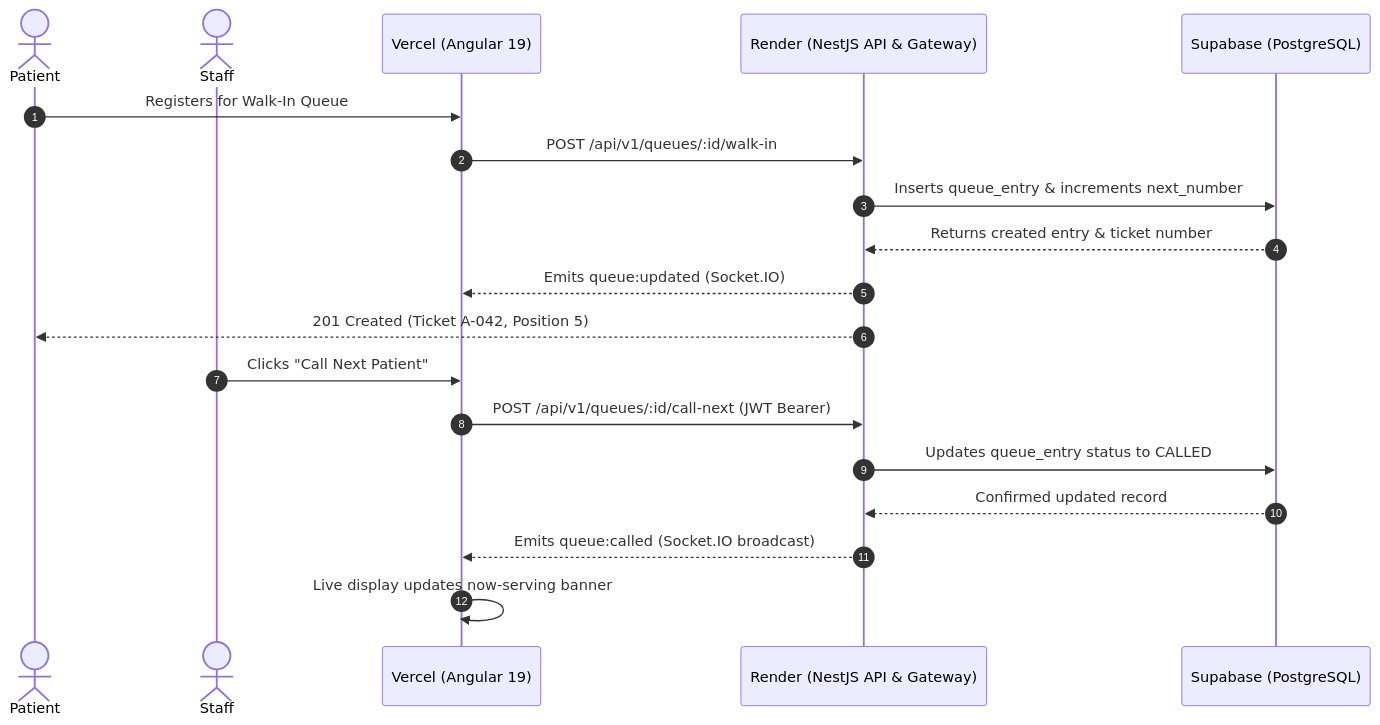
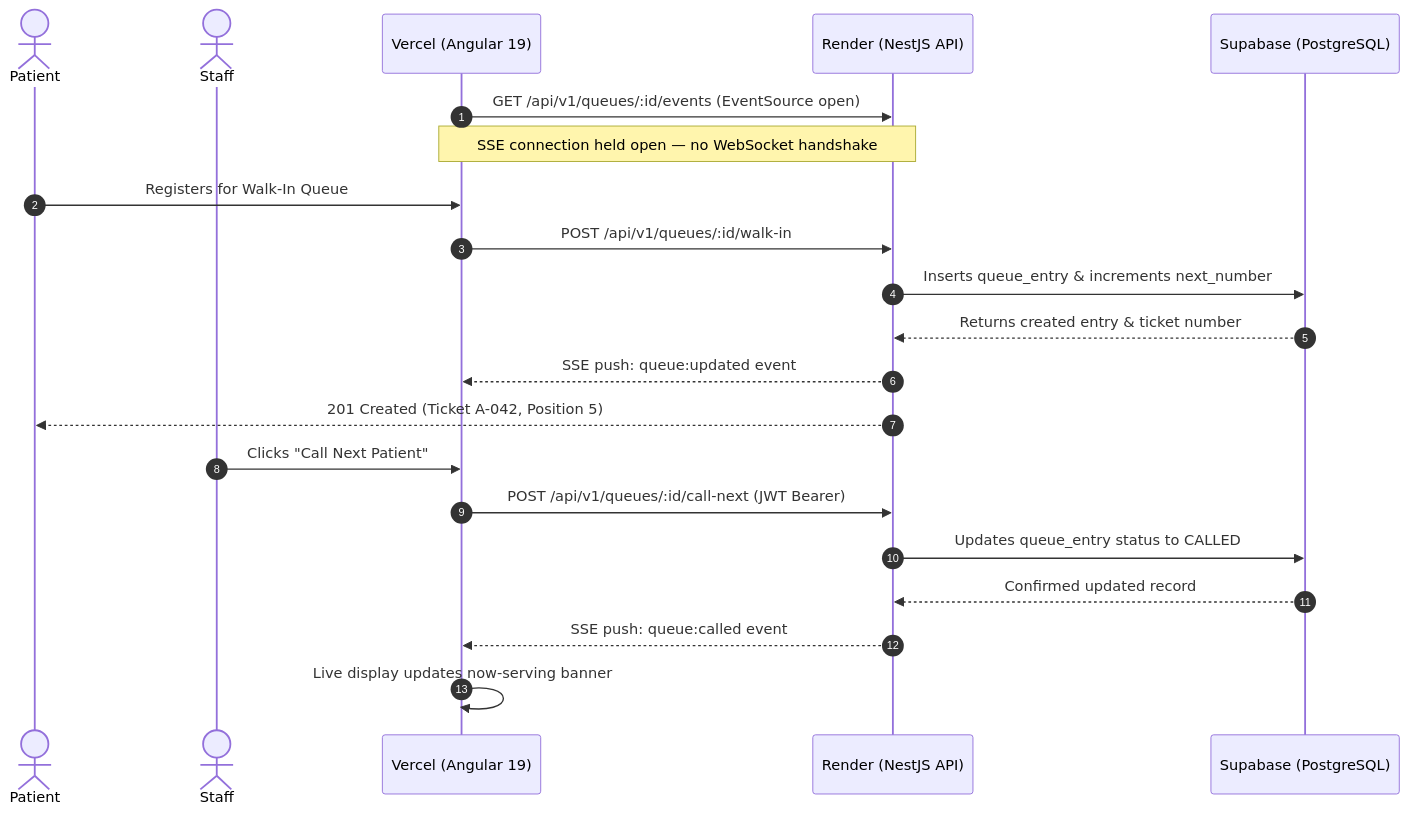
The diagram in document/Project Markdowns/architecture.md (dlsud-itd/Project-ALTF4), drawn with Mermaid before and after one commit. The commit also changed other lines of this file and 7 other files, not shown here.

Commit message:
docs: document role-to-permission matrix, SSE architecture, and monorepo design

````diff
--- a/document/Project Markdowns/architecture.md
+++ b/document/Project Markdowns/architecture.md
@@ -69,23 +72,26 @@
 ```mermaid
 sequenceDiagram
     autonumber
     actor Patient
     actor Staff
     participant Vercel as Vercel (Angular 19)
-    participant Render as Render (NestJS API & Gateway)
+    participant Render as Render (NestJS API)
     participant Supabase as Supabase (PostgreSQL)
+
+    Vercel->>Render: GET /api/v1/queues/:id/events (EventSource open)
+    Note over Vercel,Render: SSE connection held open — no WebSocket handshake
 
     Patient->>Vercel: Registers for Walk-In Queue
     Vercel->>Render: POST /api/v1/queues/:id/walk-in
     Render->>Supabase: Inserts queue_entry & increments next_number
     Supabase-->>Render: Returns created entry & ticket number
-    Render-->>Vercel: Emits queue:updated (Socket.IO)
+    Render-->>Vercel: SSE push: queue:updated event
     Render-->>Patient: 201 Created (Ticket A-042, Position 5)
 
     Staff->>Vercel: Clicks "Call Next Patient"
     Vercel->>Render: POST /api/v1/queues/:id/call-next (JWT Bearer)
     Render->>Supabase: Updates queue_entry status to CALLED
     Supabase-->>Render: Confirmed updated record
-    Render-->>Vercel: Emits queue:called (Socket.IO broadcast)
+    Render-->>Vercel: SSE push: queue:called event
     Vercel->>Vercel: Live display updates now-serving banner
 ```
````
